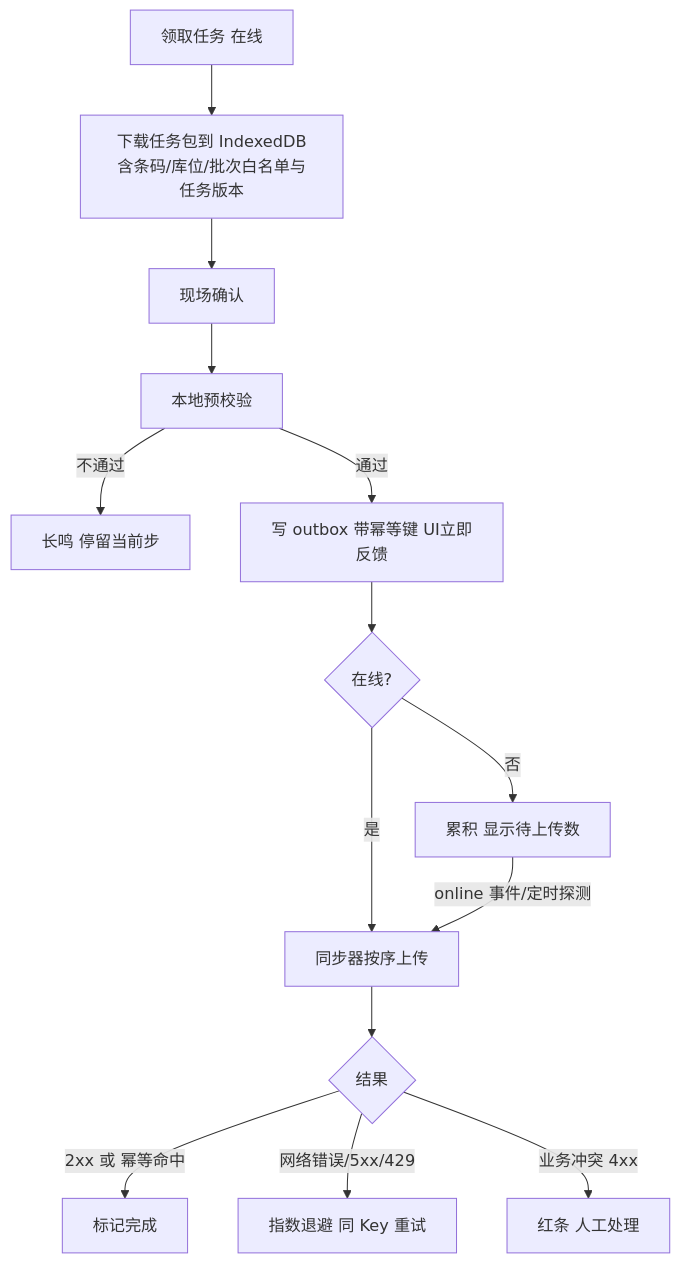
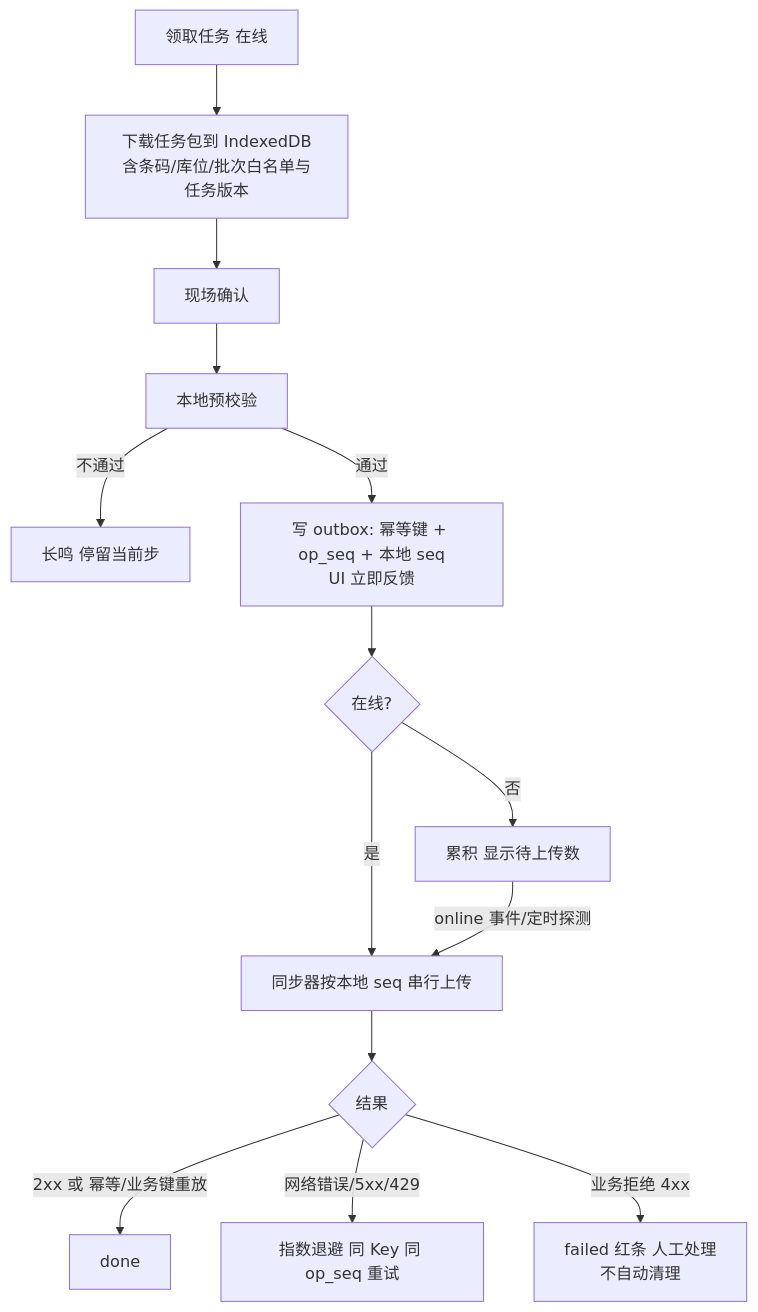
The first of 2 diagrams in docs/14-分拣H5-PDA端.md (Akarin7784/fresh-wms), drawn with Mermaid before and after one commit. The commit also changed other lines of this file and 2 other files, not shown here.

Commit message:
docs: 按小吴对抗评审修订（业务键兜底幂等、待回库记录、failed 不自动清理、计件不去抖、本地 seq、换班隔离、outbox 迁移、仓库时区等）

````diff
--- a/docs/14-分拣H5-PDA端.md
+++ b/docs/14-分拣H5-PDA端.md
@@ -126,16 +128,16 @@
 ```mermaid
 flowchart TD
   A[领取任务 在线] --> B[下载任务包到 IndexedDB<br/>含条码/库位/批次白名单与任务版本]
   B --> C[现场确认]
   C --> D[本地预校验]
   D -->|不通过| E[长鸣 停留当前步]
-  D -->|通过| F[写 outbox 带幂等键 UI立即反馈]
+  D -->|通过| F[写 outbox: 幂等键 + op_seq + 本地 seq<br/>UI 立即反馈]
   F --> G{在线?}
-  G -->|是| H[同步器按序上传]
+  G -->|是| H[同步器按本地 seq 串行上传]
   G -->|否| I[累积 显示待上传数]
   I -->|online 事件/定时探测| H
   H --> J{结果}
-  J -->|2xx 或 幂等命中| K[标记完成]
-  J -->|网络错误/5xx/429| L[指数退避 同 Key 重试]
-  J -->|业务冲突 4xx| M[红条 人工处理]
+  J -->|2xx 或 幂等/业务键重放| K[done]
+  J -->|网络错误/5xx/429| L[指数退避 同 Key 同 op_seq 重试]
+  J -->|业务拒绝 4xx| M[failed 红条 人工处理<br/>不自动清理]
 ```
````
